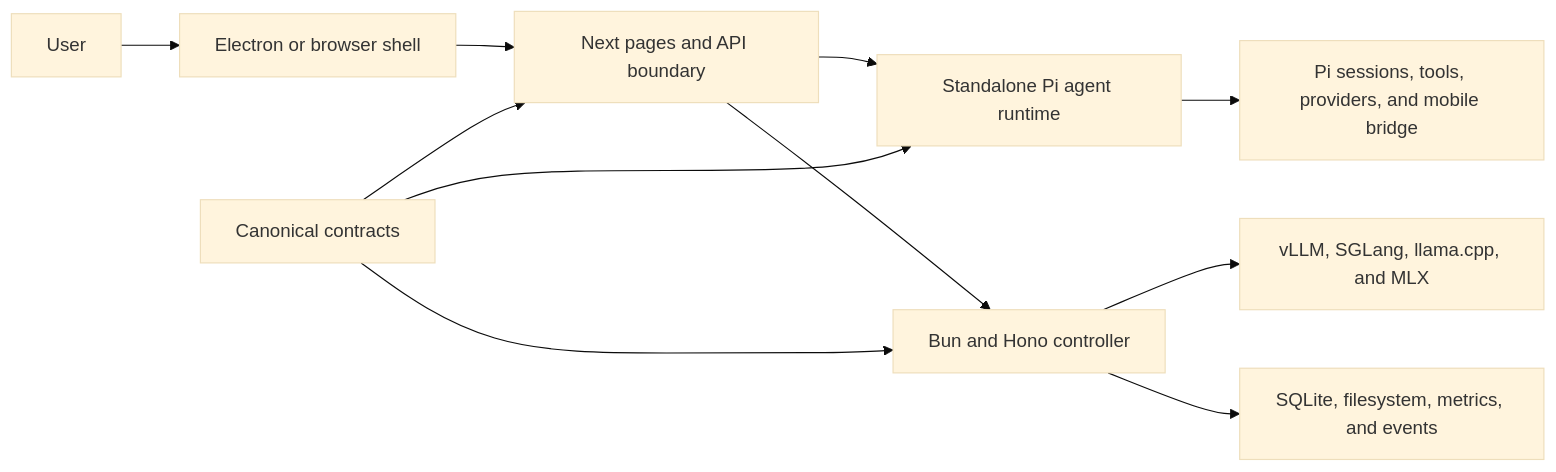
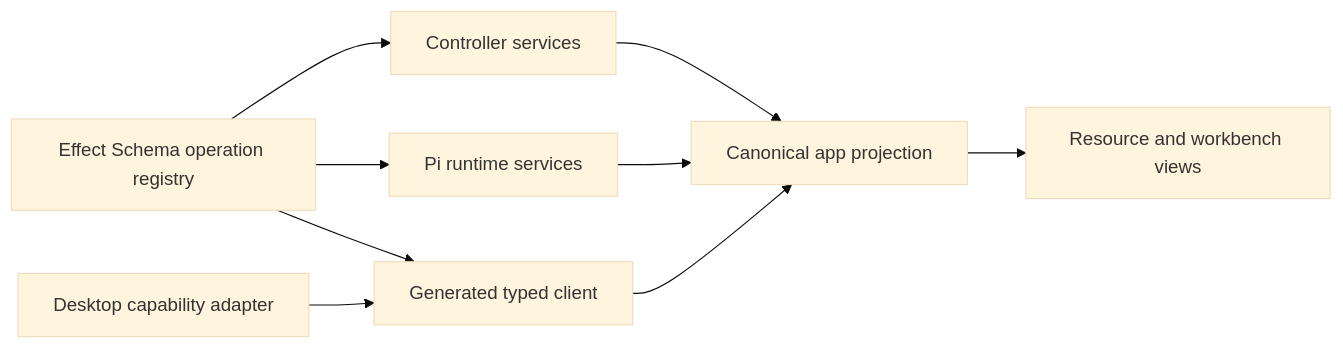
Before and after one commit to 0xSero/vllm-studio: the first of 2 diagrams in docs/codebase-reduction.md, drawn with Mermaid (base theme). The commit also changed other lines of this file, not shown here.

Commit message:
docs: define the 60k feature-parity architecture

````diff
--- a/docs/codebase-reduction.md
+++ b/docs/codebase-reduction.md
@@ -68,13 +44,19 @@
 ```mermaid
 flowchart LR
-    User["User"] --> Shell["Electron or browser shell"]
-    Shell --> Next["Next pages and API boundary"]
-    Next --> Agent["Standalone Pi agent runtime"]
-    Next --> Controller["Bun and Hono controller"]
-    Agent --> Pi["Pi sessions, tools, providers, and mobile bridge"]
-    Controller --> Engines["vLLM, SGLang, llama.cpp, and MLX"]
-    Controller --> State["SQLite, filesystem, metrics, and events"]
-    Shared["Canonical contracts"] --> Next
-    Shared --> Agent
-    Shared --> Controller
+    Contracts["Effect Schema operation registry"]
+    Controller["Controller services"]
+    Agent["Pi runtime services"]
+    Client["Generated typed client"]
+    Store["Canonical app projection"]
+    Views["Resource and workbench views"]
+    Desktop["Desktop capability adapter"]
+
+    Contracts --> Controller
+    Contracts --> Agent
+    Contracts --> Client
+    Controller --> Store
+    Agent --> Store
+    Client --> Store
+    Store --> Views
+    Desktop --> Client
 ```
````
